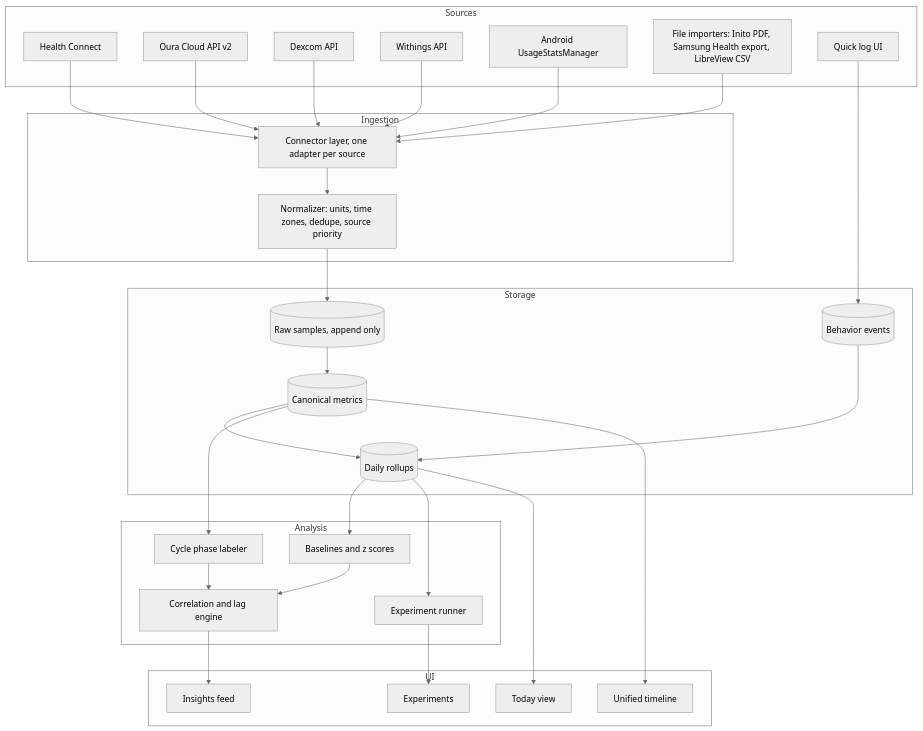
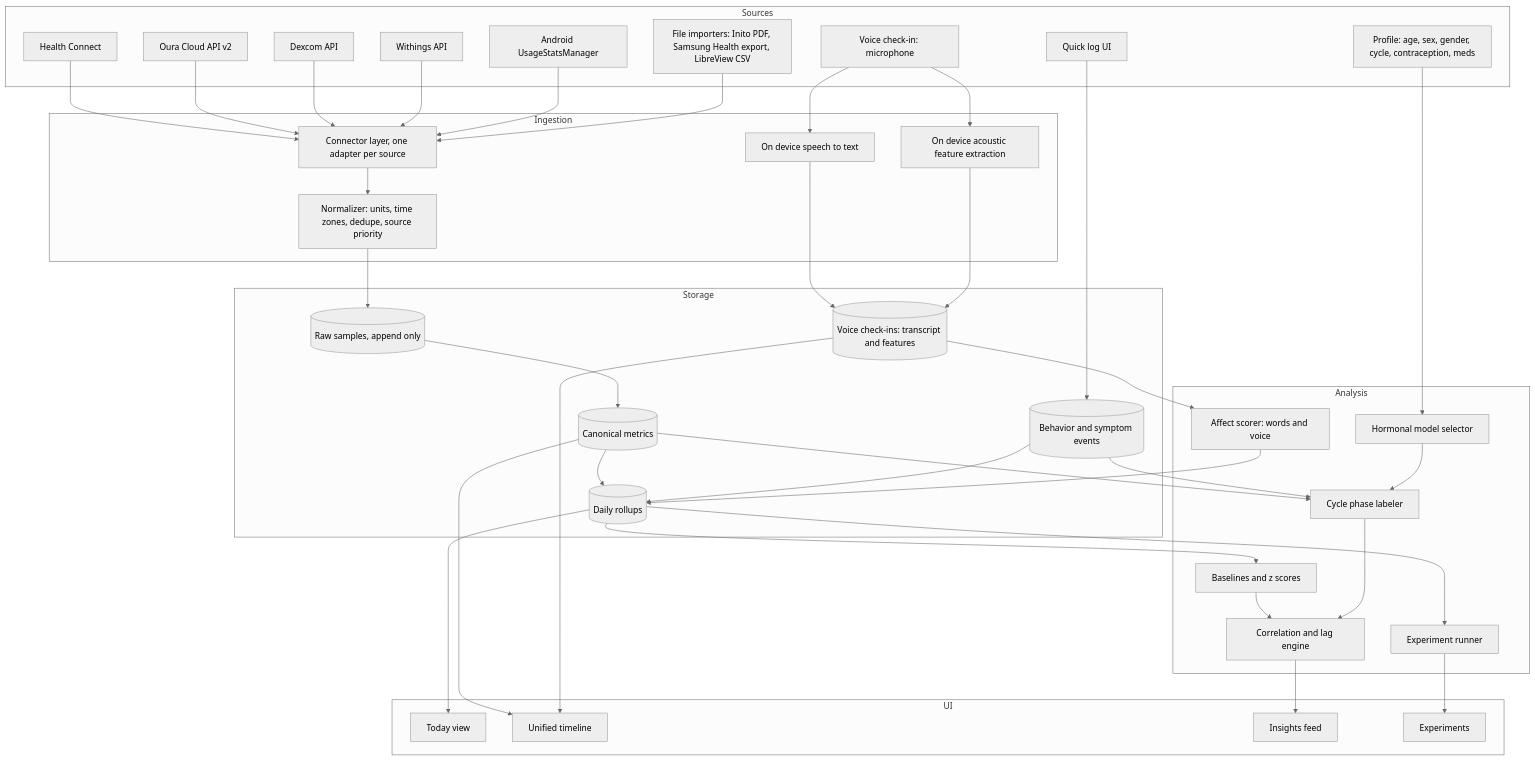
The diagram in docs/DESIGN.md (Raydar14/Life-Powers), drawn with Mermaid (neutral theme) before and after one commit. The commit also changed other lines of this file and 3 other files, not shown here.

First line of the commit message:
Add profile driven hormonal models, voice check-in, and drop prep phase

````diff
--- a/docs/DESIGN.md
+++ b/docs/DESIGN.md
@@ -71,56 +86,69 @@
 ```mermaid
 flowchart TB
     subgraph Sources
         HC[Health Connect]
         OURA[Oura Cloud API v2]
         DEX[Dexcom API]
         WITH[Withings API]
         USAGE[Android UsageStatsManager]
         FILES[File importers: Inito PDF, Samsung Health export, LibreView CSV]
         MANUAL[Quick log UI]
+        VOICE[Voice check-in: microphone]
+        PROFILE[Profile: age, sex, gender, cycle, contraception, meds]
     end
 
     subgraph Ingestion
         CONN[Connector layer, one adapter per source]
         NORM[Normalizer: units, time zones, dedupe, source priority]
+        STT[On device speech to text]
+        ACOUSTIC[On device acoustic feature extraction]
     end
 
     subgraph Storage
         RAW[(Raw samples, append only)]
         CANON[(Canonical metrics)]
         DAILY[(Daily rollups)]
-        EVENTS[(Behavior events)]
+        EVENTS[(Behavior and symptom events)]
+        CHECKIN[(Voice check-ins: transcript and features)]
     end
 
     subgraph Analysis
         BASE[Baselines and z scores]
+        HMODEL[Hormonal model selector]
         PHASE[Cycle phase labeler]
+        AFFECT[Affect scorer: words and voice]
         CORR[Correlation and lag engine]
         EXP[Experiment runner]
     end
 
     subgraph UI
         TODAY[Today view]
         TL[Unified timeline]
         INS[Insights feed]
         LAB[Experiments]
     end
 
     HC --> CONN
     OURA --> CONN
     DEX --> CONN
     WITH --> CONN
     USAGE --> CONN
     FILES --> CONN
     MANUAL --> EVENTS
+    VOICE --> STT --> CHECKIN
+    VOICE --> ACOUSTIC --> CHECKIN
     CONN --> NORM --> RAW --> CANON --> DAILY
     EVENTS --> DAILY
+    CHECKIN --> AFFECT --> DAILY
+    PROFILE --> HMODEL --> PHASE
+    CANON --> PHASE
+    EVENTS --> PHASE
     DAILY --> BASE --> CORR
     PHASE --> CORR
-    CANON --> PHASE
     DAILY --> EXP
     CORR --> INS
     EXP --> LAB
     DAILY --> TODAY
     CANON --> TL
+    CHECKIN --> TL
 ```
````
